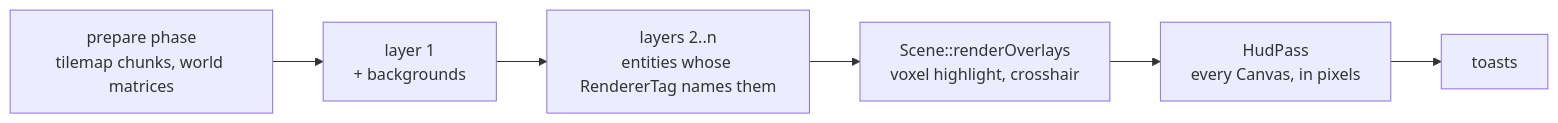
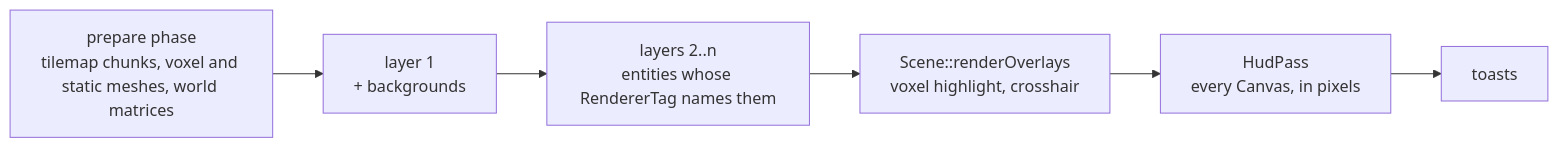
The first of 12 diagrams in doc/pages/renderer.md (Silmaen/Owl), drawn with Mermaid before and after one commit. The commit also changed other lines of this file and 109 other files, not shown here.

````diff
--- a/doc/pages/renderer.md
+++ b/doc/pages/renderer.md
@@ -63,8 +63,8 @@
 ```mermaid
 flowchart LR
-    Prep["prepare phase<br/>tilemap chunks, world matrices"] --> L1["layer 1<br/>+ backgrounds"]
+    Prep["prepare phase<br/>tilemap chunks, voxel and static meshes, world matrices"] --> L1["layer 1<br/>+ backgrounds"]
     L1 --> Ln["layers 2..n<br/>entities whose RendererTag names them"]
     Ln --> Ov["Scene::renderOverlays<br/>voxel highlight, crosshair"]
     Ov --> Hud["HudPass<br/>every Canvas, in pixels"]
     Hud --> T["toasts"]
 ```
````
